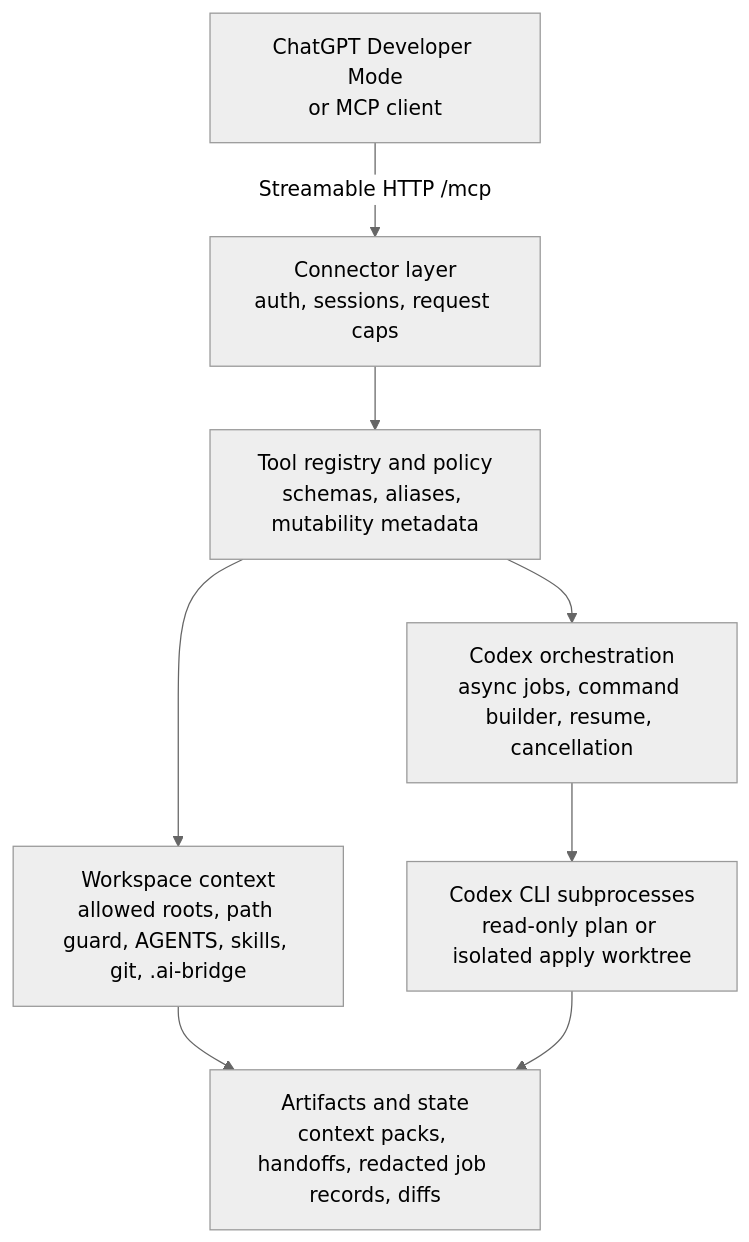
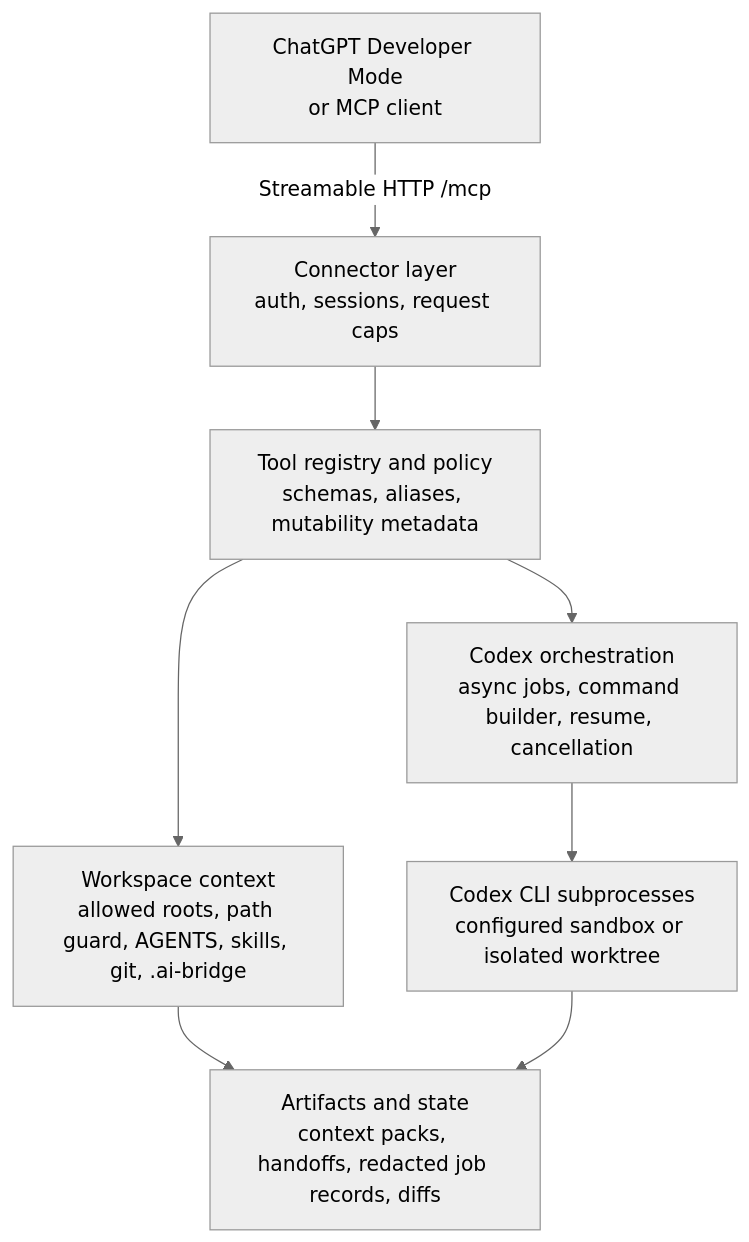
Before and after one commit to velhud/PatchBay: the diagram in README.md, drawn with Mermaid (neutral theme). The commit also changed other lines of this file and 65 other files, not shown here.

````diff
--- a/README.md
+++ b/README.md
@@ -70,10 +77,10 @@
 ```mermaid
 flowchart TD
     A["ChatGPT Developer Mode<br/>or MCP client"] -->|"Streamable HTTP /mcp"| B["Connector layer<br/>auth, sessions, request caps"]
     B --> C["Tool registry and policy<br/>schemas, aliases, mutability metadata"]
     C --> D["Workspace context<br/>allowed roots, path guard, AGENTS, skills, git, .ai-bridge"]
     C --> E["Codex orchestration<br/>async jobs, command builder, resume, cancellation"]
-    E --> F["Codex CLI subprocesses<br/>read-only plan or isolated apply worktree"]
+    E --> F["Codex CLI subprocesses<br/>configured sandbox or isolated worktree"]
     D --> G["Artifacts and state<br/>context packs, handoffs, redacted job records, diffs"]
     F --> G
 ```
````
